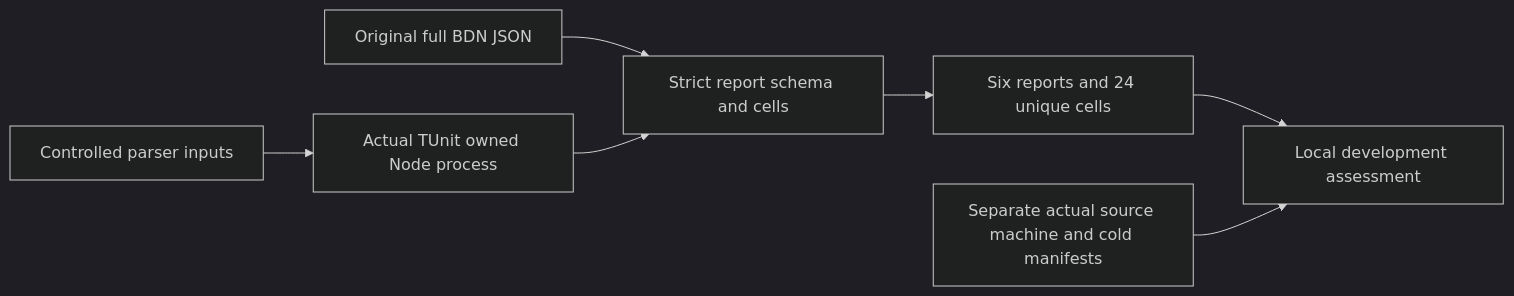
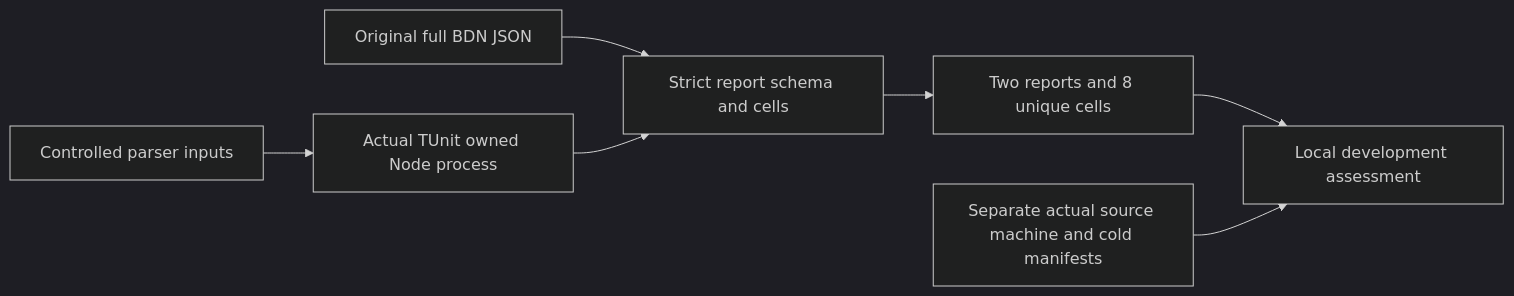
The diagram in docs/Features/BenchmarkComparisons/ScaledReportQualification.md (managedcode/KeyLoad), drawn with Mermaid (dark theme) before and after one commit. The commit also changed other lines of this file and 152 other files, not shown here.

````diff
--- a/docs/Features/BenchmarkComparisons/ScaledReportQualification.md
+++ b/docs/Features/BenchmarkComparisons/ScaledReportQualification.md
@@ -21,9 +22,9 @@
 ```mermaid
 flowchart LR
     Json[Original full BDN JSON] --> Report[Strict report schema and cells]
-    Report --> Cohort[Six reports and 24 unique cells]
+    Report --> Cohort[Two reports and 8 unique cells]
     Vectors[Controlled parser inputs] --> Tests[Actual TUnit owned Node process]
     Tests --> Report
     Cohort --> Local[Local development assessment]
     Cold[Separate actual source machine and cold manifests] --> Local
 ```
````
